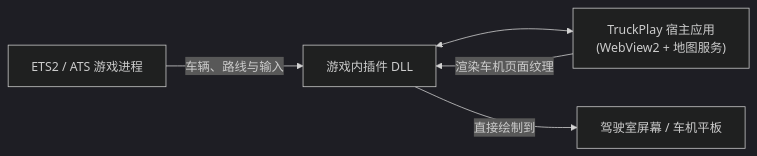
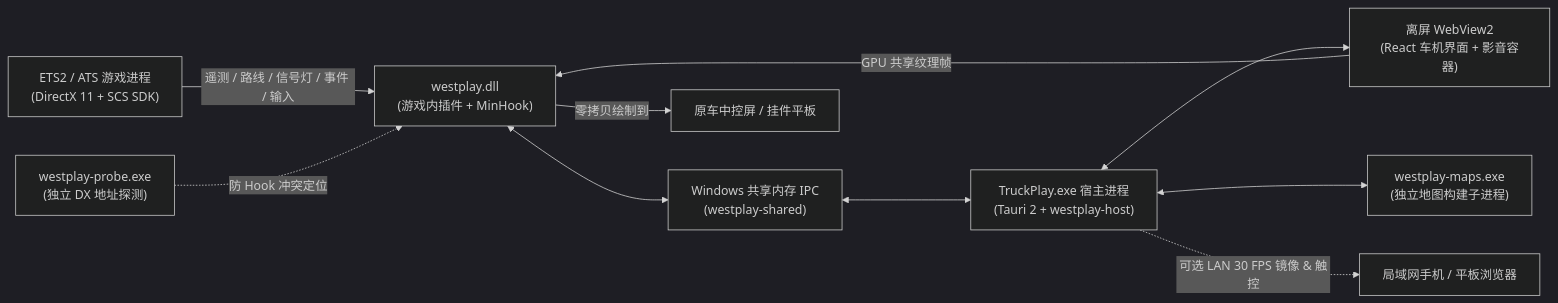
One commit to juner122king/TruckPlay changed the diagram in README.md. Above: the diagram before and after it, drawn with Mermaid (dark theme). The commit also changed other lines of this file, not shown here.

````diff
--- a/README.md
+++ b/README.md
@@ -43,7 +211,12 @@
 ```mermaid
 flowchart LR
-  game["ETS2 / ATS 游戏进程"] -- "车辆、路线与输入" --> plugin["游戏内插件 DLL"]
-  plugin <--> app["TruckPlay 宿主应用<br/>(WebView2 + 地图服务)"]
-  app -- "渲染车机页面纹理" --> plugin
-  plugin -- "直接绘制到" --> screen["驾驶室屏幕 / 车机平板"]
+  game["ETS2 / ATS 游戏进程<br/>(DirectX 11 + SCS SDK)"] -- "遥测 / 路线 / 信号灯 / 事件 / 输入" --> plugin["westplay.dll<br/>(游戏内插件 + MinHook)"]
+  probe["westplay-probe.exe<br/>(独立 DX 地址探测)"] -. "防 Hook 冲突定位" .-> plugin
+  plugin <--> ipc["Windows 共享内存 IPC<br/>(westplay-shared)"]
+  ipc <--> host["TruckPlay.exe 宿主进程<br/>(Tauri 2 + westplay-host)"]
+  host <--> webview["离屏 WebView2<br/>(React 车机界面 + 影音容器)"]
+  host <--> mapproc["westplay-maps.exe<br/>(独立地图构建子进程)"]
+  host -. "可选 LAN 30 FPS 镜像 & 触控" .-> mobile["局域网手机 / 平板浏览器"]
+  webview -- "GPU 共享纹理帧" --> plugin
+  plugin -- "零拷贝绘制到" --> screen["原车中控屏 / 挂件平板"]
 ```
````
